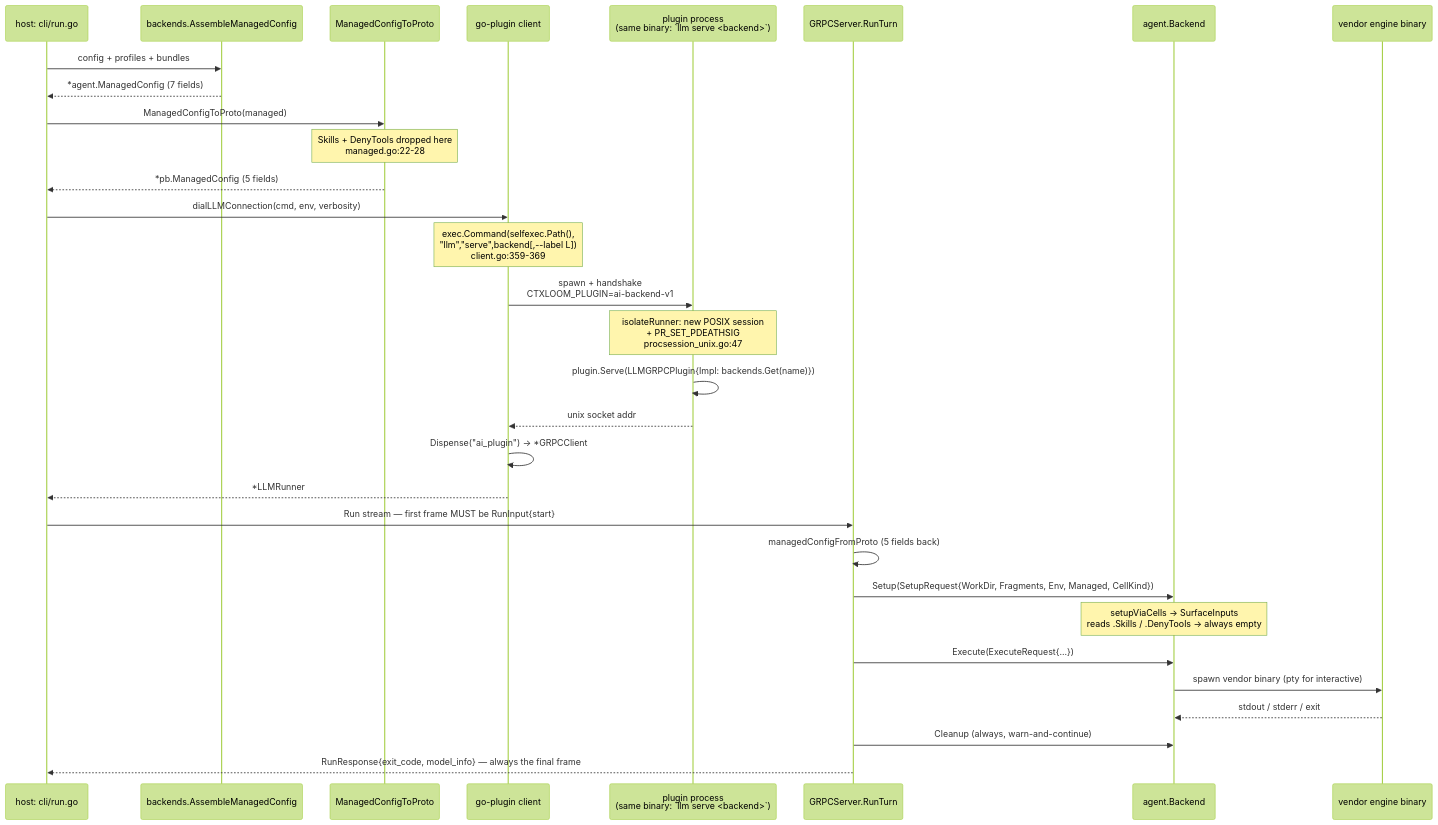
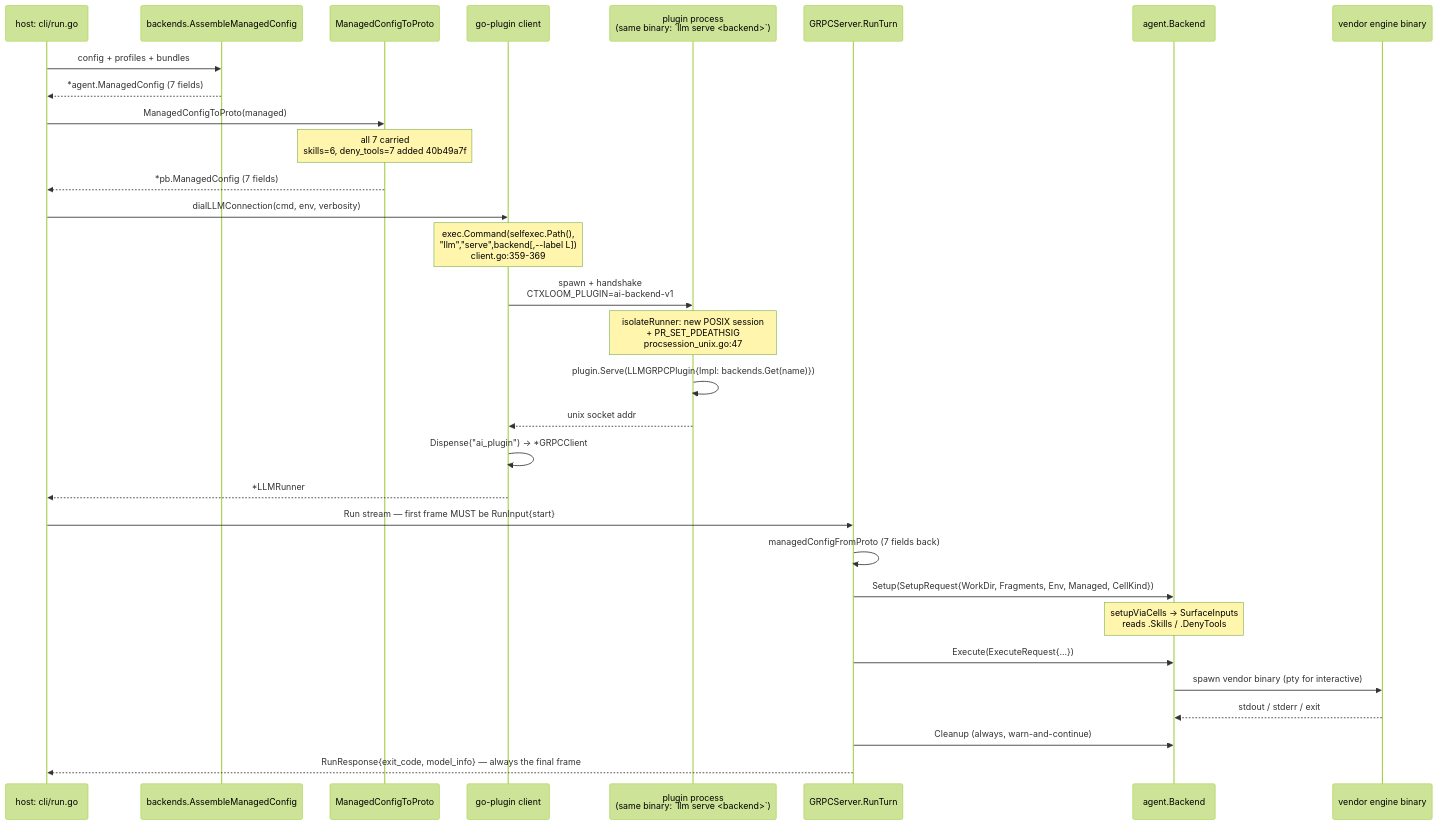
Before and after one commit to ctxloom/ctxloom: the diagram in docs/architecture/engines/grpc-wire.md, drawn with Mermaid (forest theme). The commit also changed other lines of this file and 14 other files, not shown here.

````diff
--- a/docs/architecture/engines/grpc-wire.md
+++ b/docs/architecture/engines/grpc-wire.md
@@ -23,36 +23,36 @@
 ```mermaid
 sequenceDiagram
     participant CLI as host: cli/run.go
     participant ASM as backends.AssembleManagedConfig
     participant CONV as ManagedConfigToProto
     participant GP as go-plugin client
     participant PROC as plugin process<br/>(same binary: `llm serve <backend>`)
     participant SRV as GRPCServer.RunTurn
     participant BE as agent.Backend
     participant ENG as vendor engine binary
 
     CLI->>ASM: config + profiles + bundles
     ASM-->>CLI: *agent.ManagedConfig (7 fields)
     CLI->>CONV: ManagedConfigToProto(managed)
-    Note over CONV: Skills + DenyTools dropped here<br/>managed.go:22-28
-    CONV-->>CLI: *pb.ManagedConfig (5 fields)
+    Note over CONV: all 7 carried<br/>skills=6, deny_tools=7 added 40b49a7f
+    CONV-->>CLI: *pb.ManagedConfig (7 fields)
 
     CLI->>GP: dialLLMConnection(cmd, env, verbosity)
     Note over GP: exec.Command(selfexec.Path(),<br/>"llm","serve",backend[,--label L])<br/>client.go:359-369
     GP->>PROC: spawn + handshake<br/>CTXLOOM_PLUGIN=ai-backend-v1
     Note over PROC: isolateRunner: new POSIX session<br/>+ PR_SET_PDEATHSIG<br/>procsession_unix.go:47
     PROC->>PROC: plugin.Serve(LLMGRPCPlugin{Impl: backends.Get(name)})
     PROC-->>GP: unix socket addr
     GP->>GP: Dispense("ai_plugin") → *GRPCClient
     GP-->>CLI: *LLMRunner
 
     CLI->>SRV: Run stream — first frame MUST be RunInput{start}
-    SRV->>SRV: managedConfigFromProto (5 fields back)
+    SRV->>SRV: managedConfigFromProto (7 fields back)
     SRV->>BE: Setup(SetupRequest{WorkDir, Fragments, Env, Managed, CellKind})
-    Note over BE: setupViaCells → SurfaceInputs<br/>reads .Skills / .DenyTools → always empty
+    Note over BE: setupViaCells → SurfaceInputs<br/>reads .Skills / .DenyTools
     SRV->>BE: Execute(ExecuteRequest{...})
     BE->>ENG: spawn vendor binary (pty for interactive)
     ENG-->>BE: stdout / stderr / exit
     SRV->>BE: Cleanup (always, warn-and-continue)
     SRV-->>CLI: RunResponse{exit_code, model_info} — always the final frame
 ```
````
